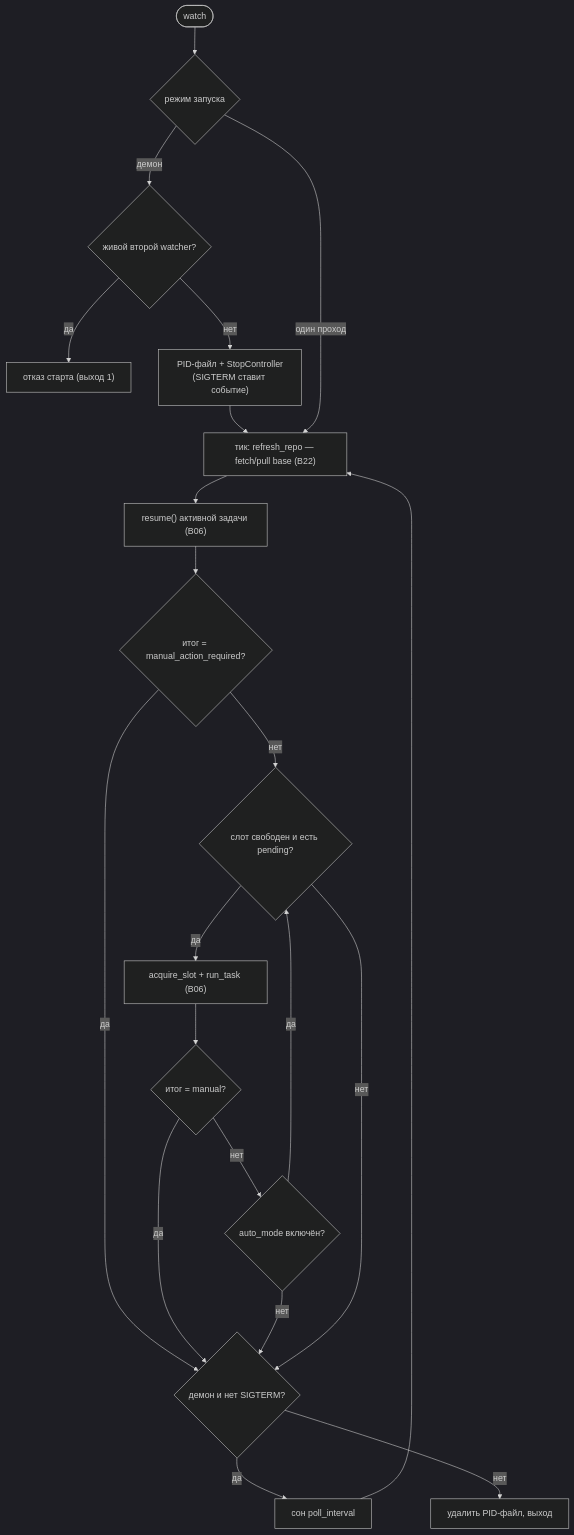
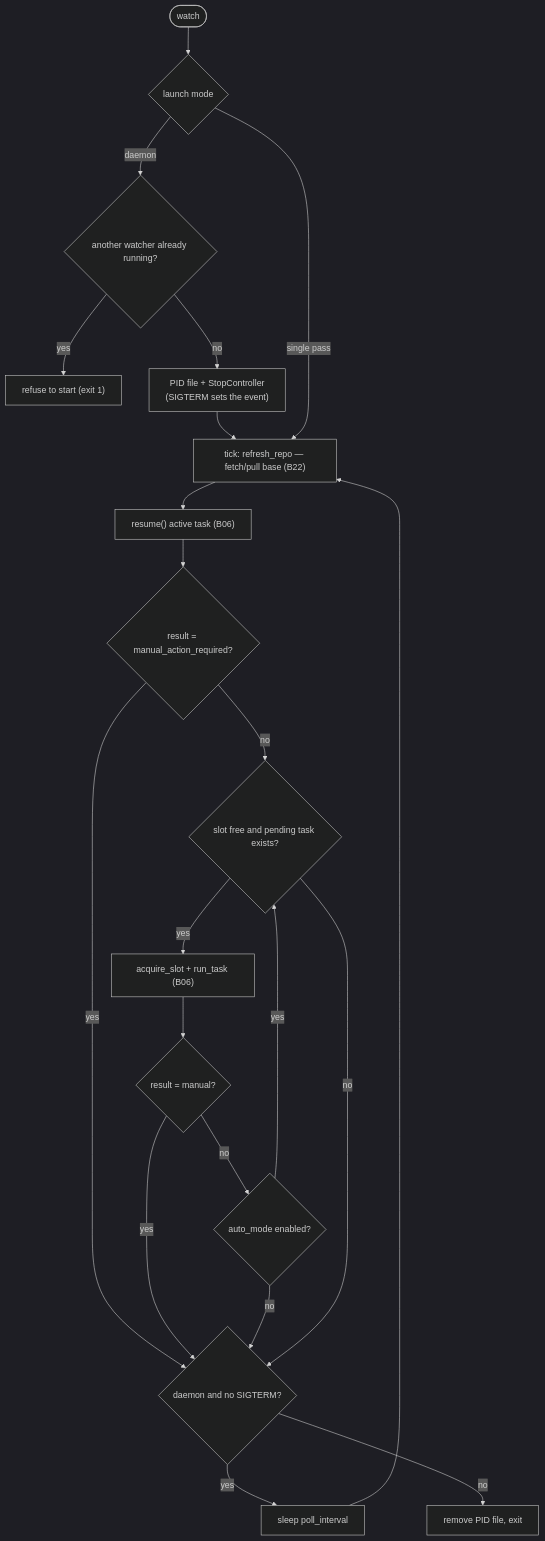
Before and after one commit to VladimirMakarevich/wastech-orchestrator: the diagram in docs/functional/blocks/B02-watch-daemon-and-scheduling.md, drawn with Mermaid (dark theme). The commit also changed other lines of this file and 41 other files, not shown here.

Commit message:
docs: translate system flows documentation from Russian to English, ensuring clarity and consistency in terminology. Update sequence diagrams and flowcharts to reflect the changes in language. Maintain the structure and references to blocks for ease of navigation.

````diff
--- a/docs/functional/blocks/B02-watch-daemon-and-scheduling.md
+++ b/docs/functional/blocks/B02-watch-daemon-and-scheduling.md
@@ -43,24 +43,24 @@
 ```mermaid
 flowchart TB
-    start(["watch"]) --> mode{"режим запуска"}
-    mode -->|демон| guard{"живой второй watcher?"}
-    guard -->|да| refuse["отказ старта (выход 1)"]
-    guard -->|нет| pid["PID-файл + StopController<br/>(SIGTERM ставит событие)"]
+    start(["watch"]) --> mode{"launch mode"}
+    mode -->|daemon| guard{"another watcher already running?"}
+    guard -->|yes| refuse["refuse to start (exit 1)"]
+    guard -->|no| pid["PID file + StopController<br/>(SIGTERM sets the event)"]
     pid --> refresh
-    mode -->|"один проход"| refresh["тик: refresh_repo — fetch/pull base (B22)"]
+    mode -->|"single pass"| refresh["tick: refresh_repo — fetch/pull base (B22)"]
 
-    refresh --> resume["resume() активной задачи (B06)"]
-    resume --> mq{"итог = manual_action_required?"}
-    mq -->|да| sgate
-    mq -->|нет| psel{"слот свободен и есть pending?"}
-    psel -->|да| run["acquire_slot + run_task (B06)"]
-    run --> rman{"итог = manual?"}
-    rman -->|да| sgate
-    rman -->|нет| au{"auto_mode включён?"}
-    au -->|да| psel
-    au -->|нет| sgate
-    psel -->|нет| sgate{"демон и нет SIGTERM?"}
-    sgate -->|да| sleep["сон poll_interval"]
+    refresh --> resume["resume() active task (B06)"]
+    resume --> mq{"result = manual_action_required?"}
+    mq -->|yes| sgate
+    mq -->|no| psel{"slot free and pending task exists?"}
+    psel -->|yes| run["acquire_slot + run_task (B06)"]
+    run --> rman{"result = manual?"}
+    rman -->|yes| sgate
+    rman -->|no| au{"auto_mode enabled?"}
+    au -->|yes| psel
+    au -->|no| sgate
+    psel -->|no| sgate{"daemon and no SIGTERM?"}
+    sgate -->|yes| sleep["sleep poll_interval"]
     sleep --> refresh
-    sgate -->|нет| cleanup["удалить PID-файл, выход"]
+    sgate -->|no| cleanup["remove PID file, exit"]
 ```
````
